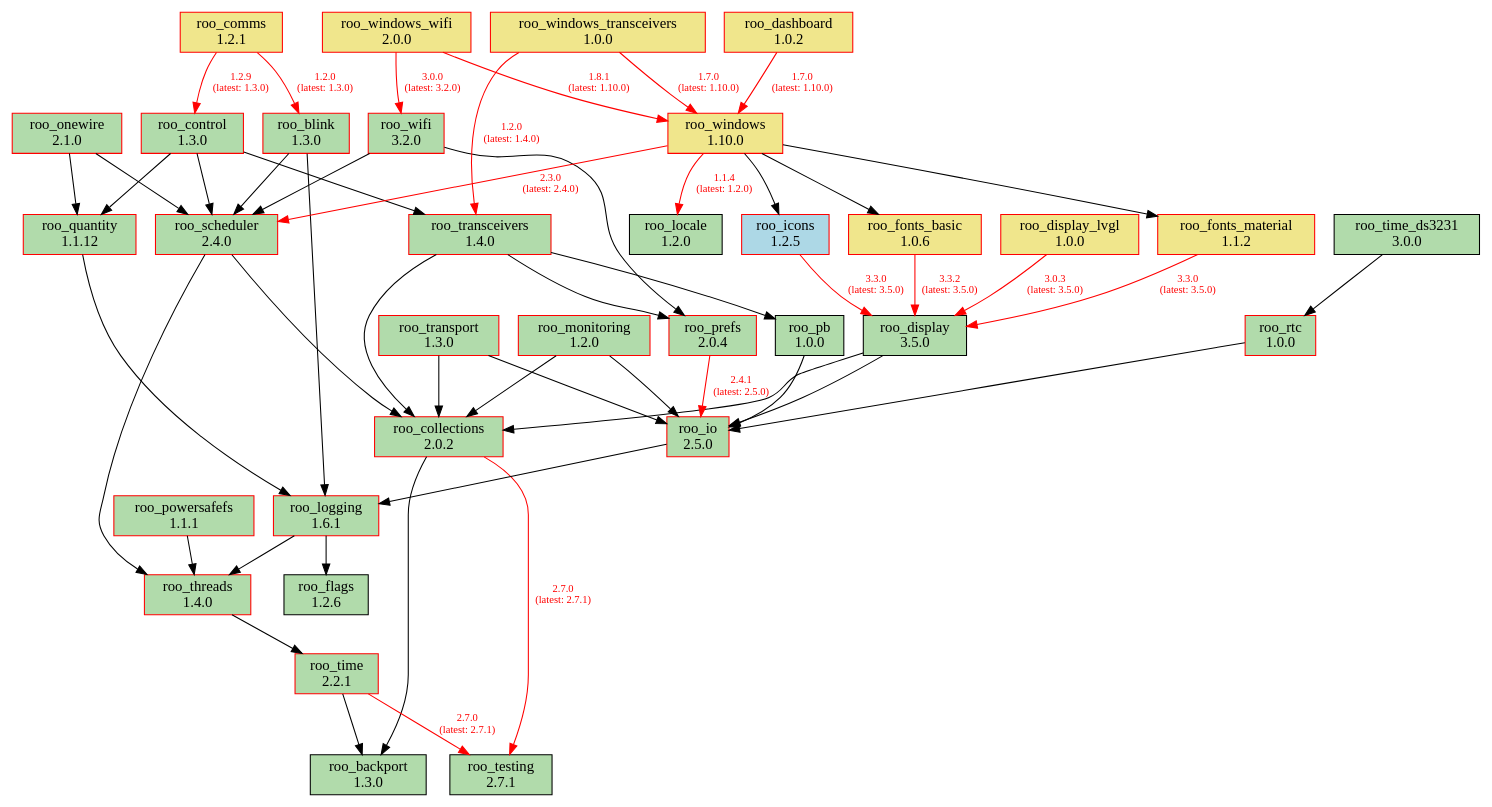
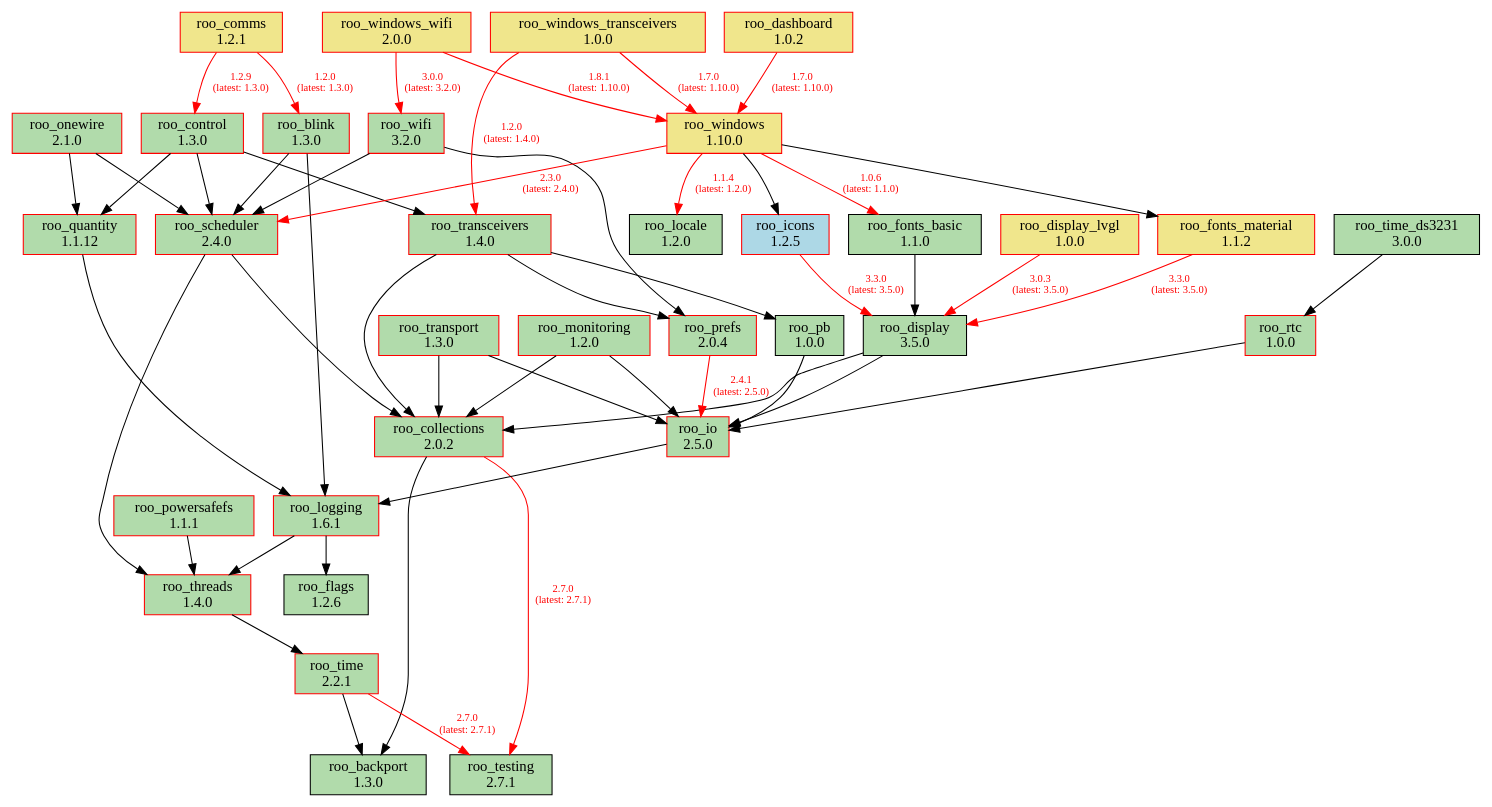
One commit to dejwk/roo-registry changed the diagram in doc/dependencies.dot. Above: the diagram before and after it, drawn with Graphviz. The commit also changed 3 other files, not shown here.

Commit message:
Added roo_fonts_basic 1.1.0 to the registry.

```diff
--- a/doc/dependencies.dot
+++ b/doc/dependencies.dot
@@ -1,92 +1,92 @@
 digraph dependencies {
     rankdir=TB;
     node [shape=box, style=filled];
     edge [fontsize=10];
 
     // Modules
     "roo_backport" [label="roo_backport\n1.3.0", fillcolor="#b1dbab", color="black"];
     "roo_blink" [label="roo_blink\n1.3.0", fillcolor="#b1dbab", color="red"];
     "roo_collections" [label="roo_collections\n2.0.2", fillcolor="#b1dbab", color="red"];
     "roo_comms" [label="roo_comms\n1.2.1", fillcolor="khaki", color="red"];
     "roo_control" [label="roo_control\n1.3.0", fillcolor="#b1dbab", color="red"];
     "roo_dashboard" [label="roo_dashboard\n1.0.2", fillcolor="khaki", color="red"];
     "roo_display" [label="roo_display\n3.5.0", fillcolor="#b1dbab", color="black"];
     "roo_display_lvgl" [label="roo_display_lvgl\n1.0.0", fillcolor="khaki", color="red"];
     "roo_flags" [label="roo_flags\n1.2.6", fillcolor="#b1dbab", color="black"];
-    "roo_fonts_basic" [label="roo_fonts_basic\n1.0.6", fillcolor="khaki", color="red"];
+    "roo_fonts_basic" [label="roo_fonts_basic\n1.1.0", fillcolor="#b1dbab", color="black"];
     "roo_fonts_material" [label="roo_fonts_material\n1.1.2", fillcolor="khaki", color="red"];
     "roo_icons" [label="roo_icons\n1.2.5", fillcolor="lightblue", color="red"];
     "roo_io" [label="roo_io\n2.5.0", fillcolor="#b1dbab", color="red"];
     "roo_locale" [label="roo_locale\n1.2.0", fillcolor="#b1dbab", color="black"];
     "roo_logging" [label="roo_logging\n1.6.1", fillcolor="#b1dbab", color="red"];
     "roo_monitoring" [label="roo_monitoring\n1.2.0", fillcolor="#b1dbab", color="red"];
     "roo_onewire" [label="roo_onewire\n2.1.0", fillcolor="#b1dbab", color="red"];
     "roo_pb" [label="roo_pb\n1.0.0", fillcolor="#b1dbab", color="black"];
     "roo_powersafefs" [label="roo_powersafefs\n1.1.1", fillcolor="#b1dbab", color="red"];
     "roo_prefs" [label="roo_prefs\n2.0.4", fillcolor="#b1dbab", color="red"];
     "roo_quantity" [label="roo_quantity\n1.1.12", fillcolor="#b1dbab", color="red"];
     "roo_rtc" [label="roo_rtc\n1.0.0", fillcolor="#b1dbab", color="red"];
     "roo_scheduler" [label="roo_scheduler\n2.4.0", fillcolor="#b1dbab", color="red"];
     "roo_testing" [label="roo_testing\n2.7.1", fillcolor="#b1dbab", color="black"];
     "roo_threads" [label="roo_threads\n1.4.0", fillcolor="#b1dbab", color="red"];
     "roo_time" [label="roo_time\n2.2.1", fillcolor="#b1dbab", color="red"];
     "roo_time_ds3231" [label="roo_time_ds3231\n3.0.0", fillcolor="#b1dbab", color="black"];
     "roo_transceivers" [label="roo_transceivers\n1.4.0", fillcolor="#b1dbab", color="red"];
     "roo_transport" [label="roo_transport\n1.3.0", fillcolor="#b1dbab", color="red"];
     "roo_wifi" [label="roo_wifi\n3.2.0", fillcolor="#b1dbab", color="red"];
     "roo_windows" [label="roo_windows\n1.10.0", fillcolor="khaki", color="red"];
     "roo_windows_transceivers" [label="roo_windows_transceivers\n1.0.0", fillcolor="khaki", color="red"];
     "roo_windows_wifi" [label="roo_windows_wifi\n2.0.0", fillcolor="khaki", color="red"];
 
     // Dependencies
     "roo_blink" -> "roo_logging";
     "roo_blink" -> "roo_scheduler";
     "roo_collections" -> "roo_testing" [color=red, fontcolor=red, label="2.7.0\n(latest: 2.7.1)"];
     "roo_collections" -> "roo_backport";
     "roo_comms" -> "roo_blink" [color=red, fontcolor=red, label="1.2.0\n(latest: 1.3.0)"];
     "roo_comms" -> "roo_control" [color=red, fontcolor=red, label="1.2.9\n(latest: 1.3.0)"];
     "roo_control" -> "roo_quantity";
     "roo_control" -> "roo_scheduler";
     "roo_control" -> "roo_transceivers";
     "roo_dashboard" -> "roo_windows" [color=red, fontcolor=red, label="1.7.0\n(latest: 1.10.0)"];
     "roo_display" -> "roo_collections";
     "roo_display" -> "roo_io";
     "roo_display_lvgl" -> "roo_display" [color=red, fontcolor=red, label="3.0.3\n(latest: 3.5.0)"];
-    "roo_fonts_basic" -> "roo_display" [color=red, fontcolor=red, label="3.3.2\n(latest: 3.5.0)"];
+    "roo_fonts_basic" -> "roo_display";
     "roo_fonts_material" -> "roo_display" [color=red, fontcolor=red, label="3.3.0\n(latest: 3.5.0)"];
     "roo_icons" -> "roo_display" [color=red, fontcolor=red, label="3.3.0\n(latest: 3.5.0)"];
     "roo_io" -> "roo_logging";
     "roo_logging" -> "roo_flags";
     "roo_logging" -> "roo_threads";
     "roo_monitoring" -> "roo_collections";
     "roo_monitoring" -> "roo_io";
     "roo_onewire" -> "roo_scheduler";
     "roo_onewire" -> "roo_quantity";
     "roo_pb" -> "roo_io";
     "roo_powersafefs" -> "roo_threads";
     "roo_prefs" -> "roo_io" [color=red, fontcolor=red, label="2.4.1\n(latest: 2.5.0)"];
     "roo_quantity" -> "roo_logging";
     "roo_rtc" -> "roo_io";
     "roo_scheduler" -> "roo_collections";
     "roo_scheduler" -> "roo_threads";
     "roo_threads" -> "roo_time";
     "roo_time" -> "roo_testing" [color=red, fontcolor=red, label="2.7.0\n(latest: 2.7.1)"];
     "roo_time" -> "roo_backport";
     "roo_time_ds3231" -> "roo_rtc";
     "roo_transceivers" -> "roo_pb";
     "roo_transceivers" -> "roo_collections";
     "roo_transceivers" -> "roo_prefs";
     "roo_transport" -> "roo_collections";
     "roo_transport" -> "roo_io";
     "roo_wifi" -> "roo_prefs";
     "roo_wifi" -> "roo_scheduler";
-    "roo_windows" -> "roo_fonts_basic";
+    "roo_windows" -> "roo_fonts_basic" [color=red, fontcolor=red, label="1.0.6\n(latest: 1.1.0)"];
     "roo_windows" -> "roo_fonts_material";
     "roo_windows" -> "roo_locale" [color=red, fontcolor=red, label="1.1.4\n(latest: 1.2.0)"];
     "roo_windows" -> "roo_icons";
     "roo_windows" -> "roo_scheduler" [color=red, fontcolor=red, label="2.3.0\n(latest: 2.4.0)"];
     "roo_windows_transceivers" -> "roo_transceivers" [color=red, fontcolor=red, label="1.2.0\n(latest: 1.4.0)"];
     "roo_windows_transceivers" -> "roo_windows" [color=red, fontcolor=red, label="1.7.0\n(latest: 1.10.0)"];
     "roo_windows_wifi" -> "roo_wifi" [color=red, fontcolor=red, label="3.0.0\n(latest: 3.2.0)"];
     "roo_windows_wifi" -> "roo_windows" [color=red, fontcolor=red, label="1.8.1\n(latest: 1.10.0)"];
 }
```
